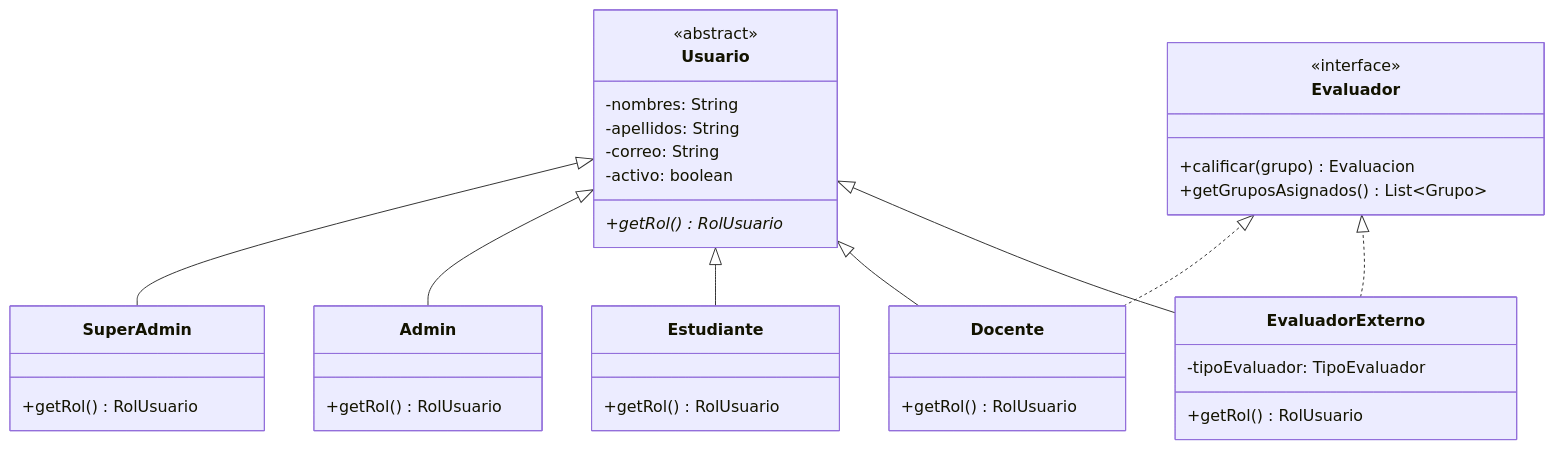
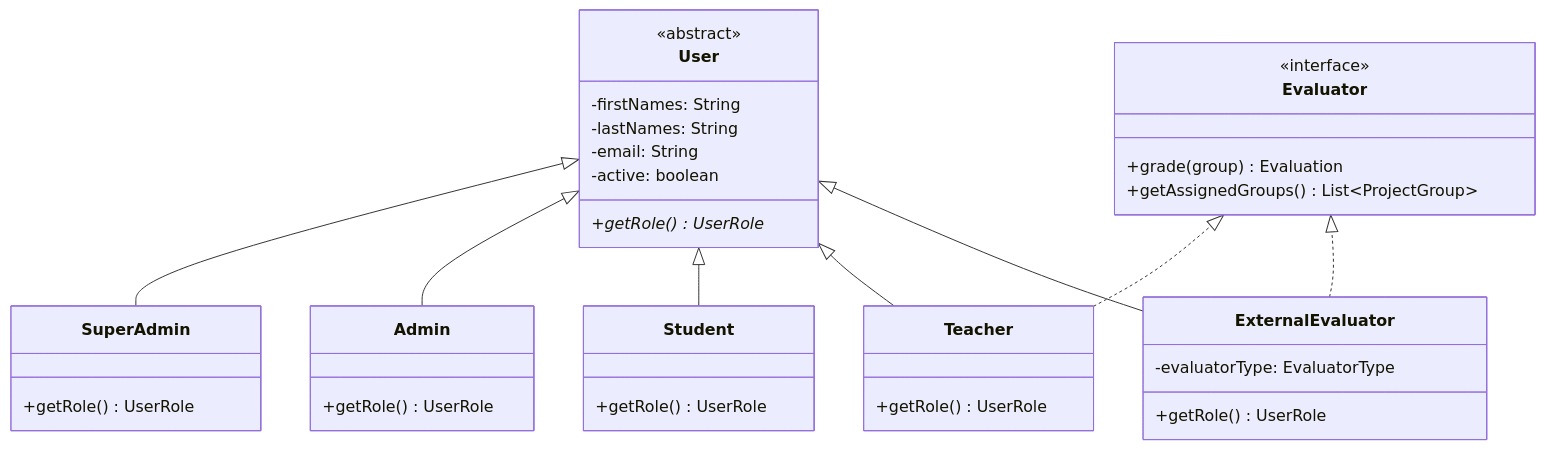
The first of 6 diagrams in docs/diagramas/diagrama_jerarquias.md (Oskarsito7/SIERAP), drawn with Mermaid before and after one commit. The commit also changed other lines of this file and 7 other files, not shown here.

````diff
--- a/docs/diagramas/diagrama_jerarquias.md
+++ b/docs/diagramas/diagrama_jerarquias.md
@@ -14,33 +14,33 @@
 ```mermaid
 classDiagram
 direction BT
-class Usuario {
+class User {
   <<abstract>>
-  -nombres: String
-  -apellidos: String
-  -correo: String
-  -activo: boolean
-  +getRol()* RolUsuario
+  -firstNames: String
+  -lastNames: String
+  -email: String
+  -active: boolean
+  +getRole()* UserRole
 }
-class Evaluador {
+class Evaluator {
   <<interface>>
-  +calificar(grupo) Evaluacion
-  +getGruposAsignados() List~Grupo~
+  +grade(group) Evaluation
+  +getAssignedGroups() List~ProjectGroup~
 }
-class SuperAdmin { +getRol() RolUsuario }
-class Admin { +getRol() RolUsuario }
-class Estudiante { +getRol() RolUsuario }
-class Docente { +getRol() RolUsuario }
-class EvaluadorExterno {
-  -tipoEvaluador: TipoEvaluador
-  +getRol() RolUsuario
+class SuperAdmin { +getRole() UserRole }
+class Admin { +getRole() UserRole }
+class Student { +getRole() UserRole }
+class Teacher { +getRole() UserRole }
+class ExternalEvaluator {
+  -evaluatorType: EvaluatorType
+  +getRole() UserRole
 }
 
-SuperAdmin --|> Usuario
-Admin --|> Usuario
-Estudiante --|> Usuario
-Docente --|> Usuario
-EvaluadorExterno --|> Usuario
-Docente ..|> Evaluador
-EvaluadorExterno ..|> Evaluador
+SuperAdmin --|> User
+Admin --|> User
+Student --|> User
+Teacher --|> User
+ExternalEvaluator --|> User
+Teacher ..|> Evaluator
+ExternalEvaluator ..|> Evaluator
 ```
````
